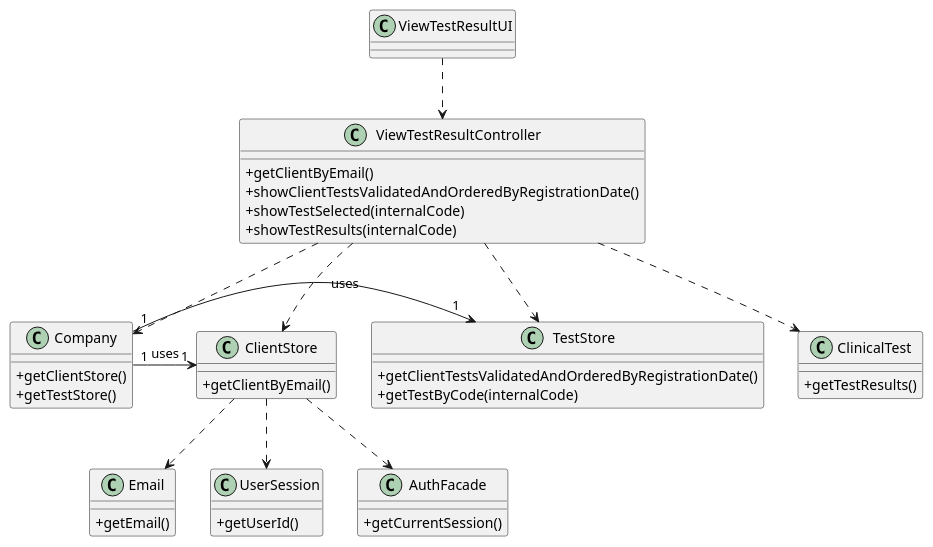
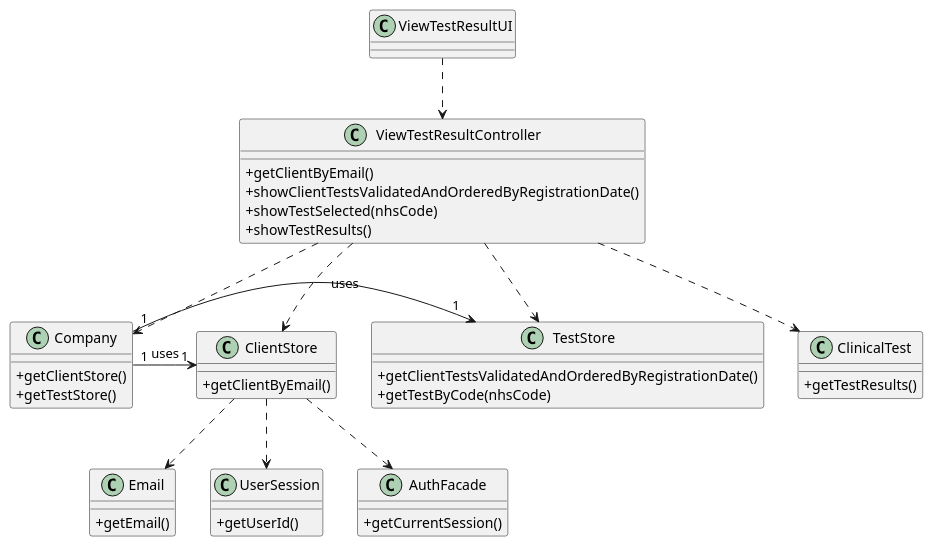
Before and after one commit to GuilhermeCunha79/lapr2: the diagram in docs/SprintD/US1/US1_CD.puml, drawn with PlantUML. The commit also changed 15 other files, not shown here.

Commit message:
US1 Diagrams US1 implementation and test

```diff
--- a/docs/SprintD/US1/US1_CD.puml
+++ b/docs/SprintD/US1/US1_CD.puml
@@ -1,59 +1,59 @@
 @startuml
 skinparam classAttributeIconSize 0
 
 class ViewTestResultUI {
 }
 
 class ViewTestResultController {
 +getClientByEmail()
 +showClientTestsValidatedAndOrderedByRegistrationDate()
-+showTestSelected(internalCode)
-+showTestResults(internalCode)
++showTestSelected(nhsCode)
++showTestResults()
 }
 
 class Company {
 +getClientStore()
 +getTestStore()
 }
 
 class ClientStore {
 +getClientByEmail()
 }
 
 class TestStore {
 +getClientTestsValidatedAndOrderedByRegistrationDate()
-+getTestByCode(internalCode)
++getTestByCode(nhsCode)
 }
 
 class ClinicalTest {
 +getTestResults()
 }
 
 
 class Email {
 +getEmail()
 }
 
 class UserSession {
 +getUserId()
 }
 
 class AuthFacade {
 +getCurrentSession()
 }
 
 ViewTestResultUI ..> ViewTestResultController
 ViewTestResultController ..> Company
 ViewTestResultController ..> ClientStore
 ViewTestResultController ..> TestStore
 ViewTestResultController ..>  ClinicalTest
 
 
 Company"1" -> "1"ClientStore : uses
 Company"1" -> "1"TestStore : uses
 ClientStore ..> AuthFacade
 ClientStore ..> UserSession
 ClientStore ..> Email
 
 
 @enduml
```
